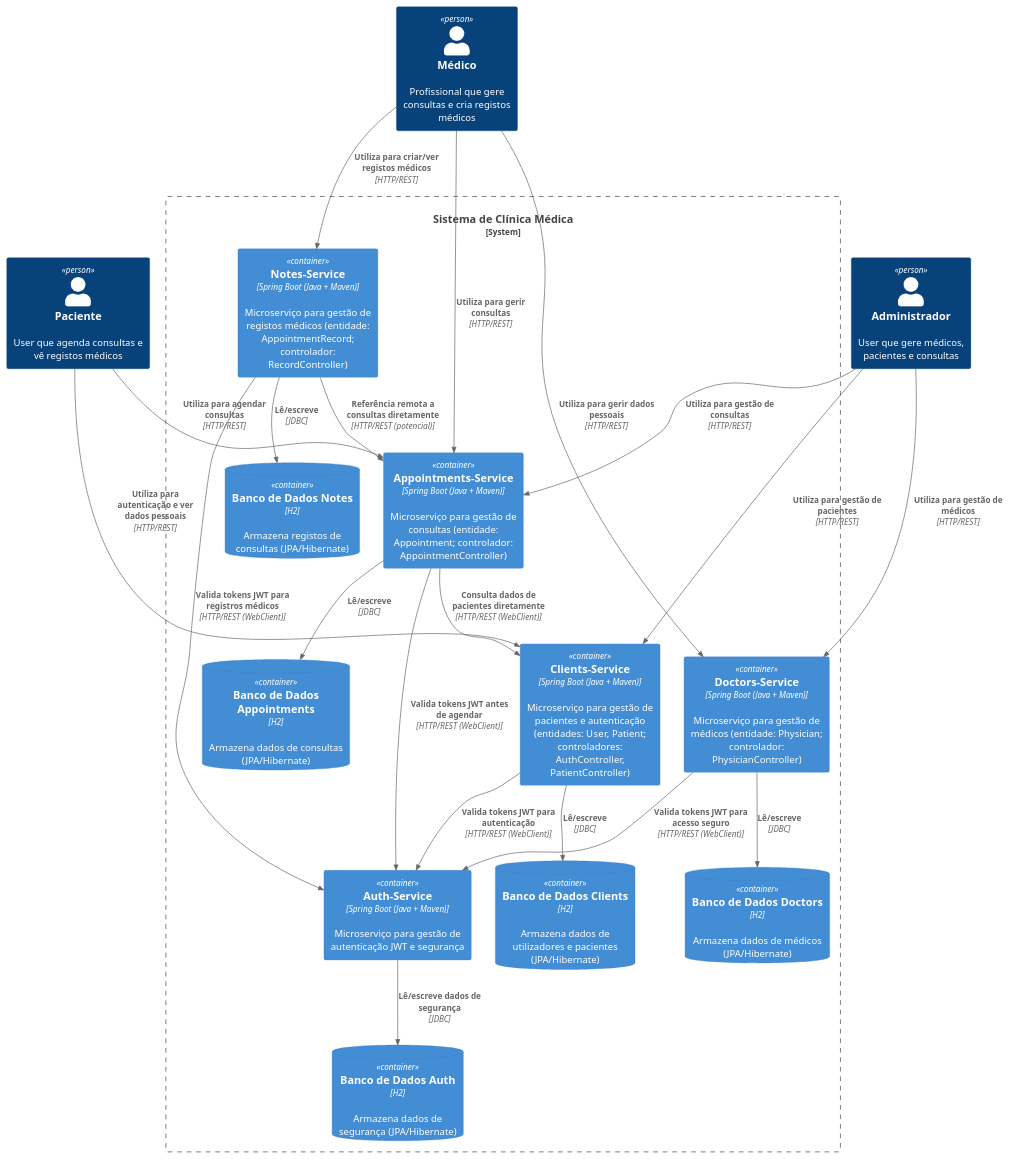
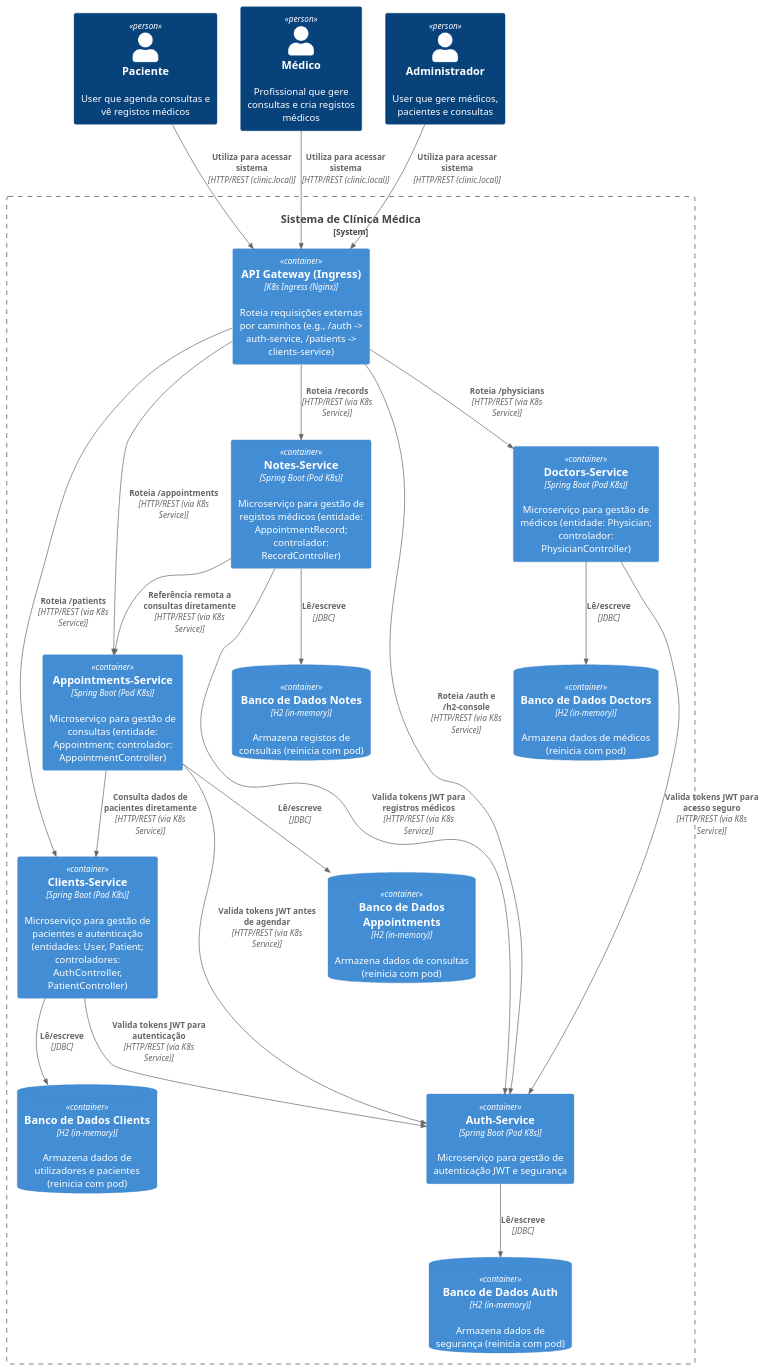
The diagram in architecture/ContainerDiagram.puml (LucasSantanaAraujo/Distributed-System-Healthcare-Administration-Platform), drawn with PlantUML before and after one commit. The commit also changed 2 other files, not shown here.

Commit message:
correção no physical diagram, context diagram e container diagram

```diff
--- a/architecture/ContainerDiagram.puml
+++ b/architecture/ContainerDiagram.puml
@@ -1,47 +1,50 @@
 @startuml C4 Container Diagram - Big Picture (Clinica Medica Microservices)
 !include https://raw.githubusercontent.com/plantuml-stdlib/C4-PlantUML/master/C4_Container.puml
 
 Person(patient, "Paciente", "User que agenda consultas e vê registos médicos")
 Person(physician, "Médico", "Profissional que gere consultas e cria registos médicos")
 Person(admin, "Administrador", "User que gere médicos, pacientes e consultas")
 
 System_Boundary(clinic_system, "Sistema de Clínica Médica") {
-    Container(clients_service, "Clients-Service", "Spring Boot (Java + Maven)", "Microserviço para gestão de pacientes e autenticação (entidades: User, Patient; controladores: AuthController, PatientController)")
-    ContainerDb(clients_db, "Banco de Dados Clients", "H2", "Armazena dados de utilizadores e pacientes (JPA/Hibernate)")
+    Container(api_gateway, "API Gateway (Ingress)", "K8s Ingress (Nginx)", "Roteia requisições externas por caminhos (e.g., /auth -> auth-service, /patients -> clients-service)")
 
-    Container(doctors_service, "Doctors-Service", "Spring Boot (Java + Maven)", "Microserviço para gestão de médicos (entidade: Physician; controlador: PhysicianController)")
-    ContainerDb(doctors_db, "Banco de Dados Doctors", "H2", "Armazena dados de médicos (JPA/Hibernate)")
+    Container(auth_service, "Auth-Service", "Spring Boot (Pod K8s)", "Microserviço para gestão de autenticação JWT e segurança")
+    ContainerDb(auth_db, "Banco de Dados Auth", "H2 (in-memory)", "Armazena dados de segurança (reinicia com pod)")
 
-    Container(appointments_service, "Appointments-Service", "Spring Boot (Java + Maven)", "Microserviço para gestão de consultas (entidade: Appointment; controlador: AppointmentController)")
-    ContainerDb(appointments_db, "Banco de Dados Appointments", "H2", "Armazena dados de consultas (JPA/Hibernate)")
+    Container(clients_service, "Clients-Service", "Spring Boot (Pod K8s)", "Microserviço para gestão de pacientes e autenticação (entidades: User, Patient; controladores: AuthController, PatientController)")
+    ContainerDb(clients_db, "Banco de Dados Clients", "H2 (in-memory)", "Armazena dados de utilizadores e pacientes (reinicia com pod)")
 
-    Container(notes_service, "Notes-Service", "Spring Boot (Java + Maven)", "Microserviço para gestão de registos médicos (entidade: AppointmentRecord; controlador: RecordController)")
-    ContainerDb(notes_db, "Banco de Dados Notes", "H2", "Armazena registos de consultas (JPA/Hibernate)")
+    Container(doctors_service, "Doctors-Service", "Spring Boot (Pod K8s)", "Microserviço para gestão de médicos (entidade: Physician; controlador: PhysicianController)")
+    ContainerDb(doctors_db, "Banco de Dados Doctors", "H2 (in-memory)", "Armazena dados de médicos (reinicia com pod)")
 
-    Container(auth_service, "Auth-Service", "Spring Boot (Java + Maven)", "Microserviço para gestão de autenticação JWT e segurança")
-    ContainerDb(auth_db, "Banco de Dados Auth", "H2", "Armazena dados de segurança (JPA/Hibernate)")
+    Container(appointments_service, "Appointments-Service", "Spring Boot (Pod K8s)", "Microserviço para gestão de consultas (entidade: Appointment; controlador: AppointmentController)")
+    ContainerDb(appointments_db, "Banco de Dados Appointments", "H2 (in-memory)", "Armazena dados de consultas (reinicia com pod)")
+
+    Container(notes_service, "Notes-Service", "Spring Boot (Pod K8s)", "Microserviço para gestão de registos médicos (entidade: AppointmentRecord; controlador: RecordController)")
+    ContainerDb(notes_db, "Banco de Dados Notes", "H2 (in-memory)", "Armazena registos de consultas (reinicia com pod)")
 }
 
-Rel(patient, clients_service, "Utiliza para autenticação e ver dados pessoais", "HTTP/REST")
-Rel(patient, appointments_service, "Utiliza para agendar consultas", "HTTP/REST")
-Rel(physician, doctors_service, "Utiliza para gerir dados pessoais", "HTTP/REST")
-Rel(physician, appointments_service, "Utiliza para gerir consultas", "HTTP/REST")
-Rel(physician, notes_service, "Utiliza para criar/ver registos médicos", "HTTP/REST")
-Rel(admin, clients_service, "Utiliza para gestão de pacientes", "HTTP/REST")
-Rel(admin, doctors_service, "Utiliza para gestão de médicos", "HTTP/REST")
-Rel(admin, appointments_service, "Utiliza para gestão de consultas", "HTTP/REST")
+Rel(patient, api_gateway, "Utiliza para acessar sistema", "HTTP/REST (clinic.local)")
+Rel(physician, api_gateway, "Utiliza para acessar sistema", "HTTP/REST (clinic.local)")
+Rel(admin, api_gateway, "Utiliza para acessar sistema", "HTTP/REST (clinic.local)")
 
-Rel(appointments_service, clients_service, "Consulta dados de pacientes diretamente", "HTTP/REST (WebClient)")
-Rel(notes_service, appointments_service, "Referência remota a consultas diretamente", "HTTP/REST (potencial)")
+Rel(api_gateway, auth_service, "Roteia /auth e /h2-console", "HTTP/REST (via K8s Service)")
+Rel(api_gateway, clients_service, "Roteia /patients", "HTTP/REST (via K8s Service)")
+Rel(api_gateway, doctors_service, "Roteia /physicians", "HTTP/REST (via K8s Service)")
+Rel(api_gateway, appointments_service, "Roteia /appointments", "HTTP/REST (via K8s Service)")
+Rel(api_gateway, notes_service, "Roteia /records", "HTTP/REST (via K8s Service)")
 
+Rel(appointments_service, clients_service, "Consulta dados de pacientes diretamente", "HTTP/REST (via K8s Service)")
+Rel(notes_service, appointments_service, "Referência remota a consultas diretamente", "HTTP/REST (via K8s Service)")
+
+Rel(auth_service, auth_db, "Lê/escreve", "JDBC")
 Rel(clients_service, clients_db, "Lê/escreve", "JDBC")
 Rel(doctors_service, doctors_db, "Lê/escreve", "JDBC")
 Rel(appointments_service, appointments_db, "Lê/escreve", "JDBC")
 Rel(notes_service, notes_db, "Lê/escreve", "JDBC")
 
-Rel(clients_service, auth_service, "Valida tokens JWT para autenticação", "HTTP/REST (WebClient)")
-Rel(doctors_service, auth_service, "Valida tokens JWT para acesso seguro", "HTTP/REST (WebClient)")
-Rel(appointments_service, auth_service, "Valida tokens JWT antes de agendar", "HTTP/REST (WebClient)")
-Rel(notes_service, auth_service, "Valida tokens JWT para registros médicos", "HTTP/REST (WebClient)")
-Rel(auth_service, auth_db, "Lê/escreve dados de segurança", "JDBC")
+Rel(clients_service, auth_service, "Valida tokens JWT para autenticação", "HTTP/REST (via K8s Service)")
+Rel(doctors_service, auth_service, "Valida tokens JWT para acesso seguro", "HTTP/REST (via K8s Service)")
+Rel(appointments_service, auth_service, "Valida tokens JWT antes de agendar", "HTTP/REST (via K8s Service)")
+Rel(notes_service, auth_service, "Valida tokens JWT para registros médicos", "HTTP/REST (via K8s Service)")
 @enduml
```
